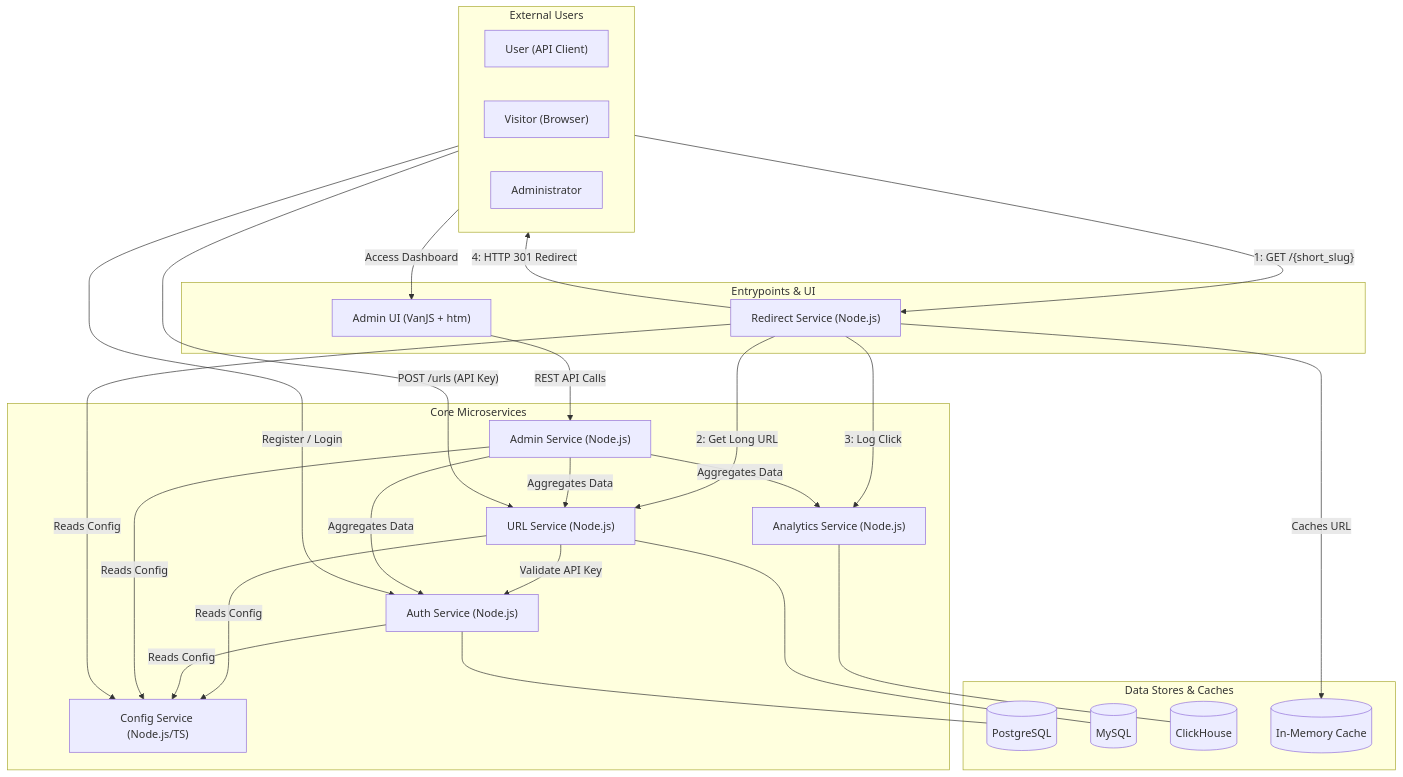
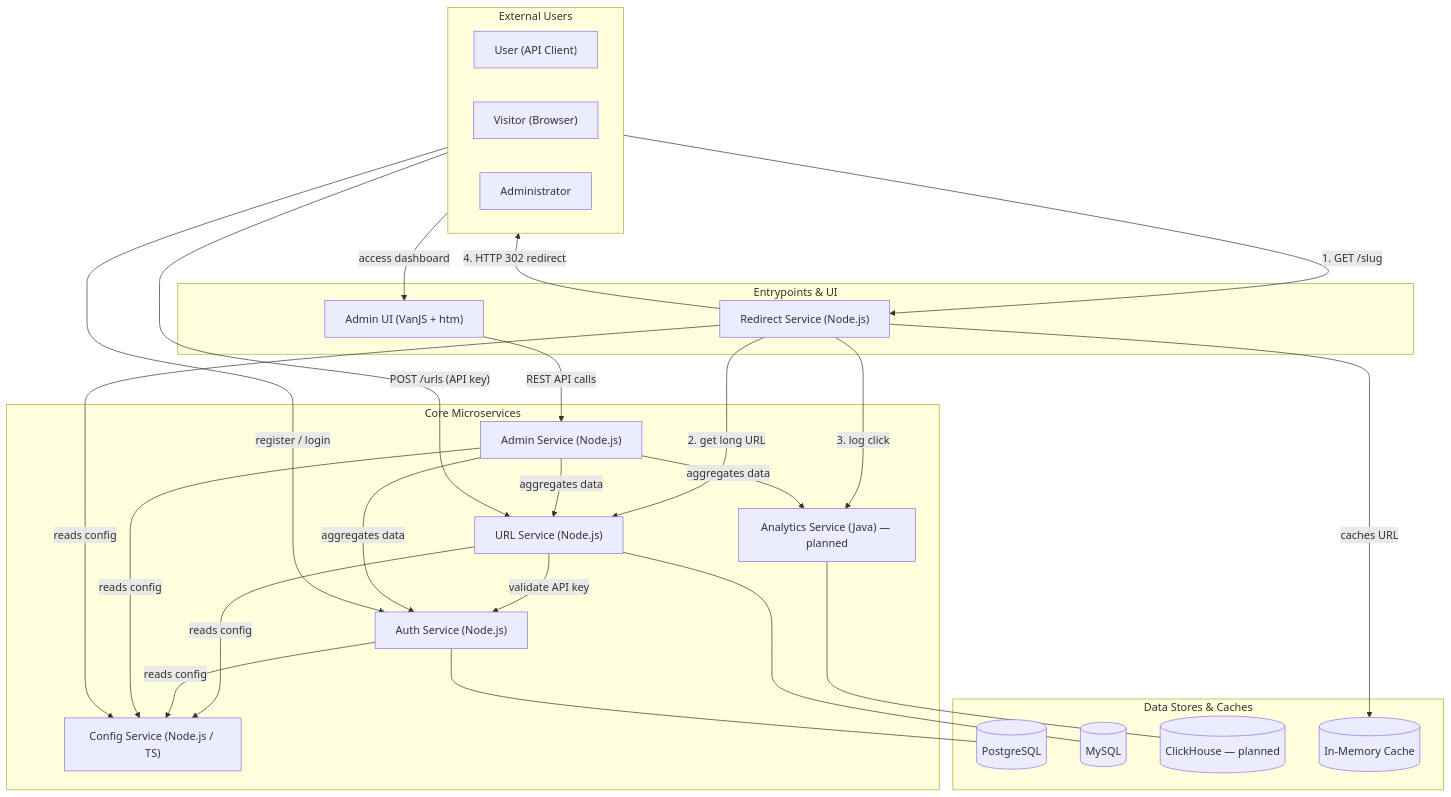
Before and after one commit to PXL-Digital-Application-Samples/microshort: the diagram in README.md, drawn with Mermaid. The commit also changed other lines of this file and 6 other files, not shown here.

Commit message:
Remove outdated architecture documentation and images; update redirect-service README for redirect behavior and logging; add CLAUDE.md for project guidance; introduce CODE_REVIEW.md for planning-stage review; create PLANNING.md to outline future development milestones and architectural decisions.

````diff
--- a/README.md
+++ b/README.md
@@ -20,48 +25,44 @@
 ```mermaid
----
-config:
-  layout: fixed
----
 flowchart TD
- subgraph subGraph0["External Users"]
+  subgraph subGraph0["External Users"]
     direction LR
-        User["User (API Client)"]
-        Visitor["Visitor (Browser)"]
-        Admin["Administrator"]
+    User["User (API Client)"]
+    Visitor["Visitor (Browser)"]
+    Admin["Administrator"]
   end
- subgraph subGraph1["Entrypoints & UI"]
-        RedirectService["Redirect Service (Node.js)"]
-        AdminUI["Admin UI (VanJS + htm)"]
+  subgraph subGraph1["Entrypoints & UI"]
+    RedirectService["Redirect Service (Node.js)"]
+    AdminUI["Admin UI (VanJS + htm)"]
   end
- subgraph subGraph2["Core Microservices"]
-        AuthService["Auth Service (Node.js)"]
-        URLService["URL Service (Node.js)"]
-        AnalyticsService["Analytics Service (Node.js)"]
-        AdminService["Admin Service (Node.js)"]
-        ConfigService["Config Service (Node.js/TS)"]
+  subgraph subGraph2["Core Microservices"]
+    AuthService["Auth Service (Node.js)"]
+    URLService["URL Service (Node.js)"]
+    AnalyticsService["Analytics Service (Java) — planned"]
+    AdminService["Admin Service (Node.js)"]
+    ConfigService["Config Service (Node.js / TS)"]
   end
- subgraph subGraph3["Data Stores & Caches"]
-        PostgresDB[("PostgreSQL")]
-        MySQLDB[("MySQL")]
-        ClickHouseDB[("ClickHouse")]
-        Cache[("In-Memory Cache")]
+  subgraph subGraph3["Data Stores & Caches"]
+    PostgresDB[("PostgreSQL")]
+    MySQLDB[("MySQL")]
+    ClickHouseDB[("ClickHouse — planned")]
+    Cache[("In-Memory Cache")]
   end
-    Visitor -- 1: GET /{short_slug} --> RedirectService
-    RedirectService -- 2: Get Long URL --> URLService
-    RedirectService -- Caches URL --> Cache
-    RedirectService -- 3: Log Click --> AnalyticsService
-    RedirectService -- 4: HTTP 301 Redirect --> Visitor
-    User -- Register / Login --> AuthService
-    User -- POST /urls (API Key) --> URLService
-    URLService -- Validate API Key --> AuthService
-    Admin -- Access Dashboard --> AdminUI
-    AdminUI -- REST API Calls --> AdminService
-    AuthService --- PostgresDB
-    URLService --- MySQLDB
-    AnalyticsService --- ClickHouseDB
-    AdminService -- Aggregates Data --> URLService & AuthService & AnalyticsService
-    URLService -- Reads Config --> ConfigService
-    AuthService -- Reads Config --> ConfigService
-    AdminService -- Reads Config --> ConfigService
-    RedirectService -- Reads Config --> ConfigService
+  Visitor -->|"1. GET /slug"| RedirectService
+  RedirectService -->|"2. get long URL"| URLService
+  RedirectService -->|"caches URL"| Cache
+  RedirectService -->|"3. log click"| AnalyticsService
+  RedirectService -->|"4. HTTP 302 redirect"| Visitor
+  User -->|"register / login"| AuthService
+  User -->|"POST /urls (API key)"| URLService
+  URLService -->|"validate API key"| AuthService
+  Admin -->|"access dashboard"| AdminUI
+  AdminUI -->|"REST API calls"| AdminService
+  AuthService --- PostgresDB
+  URLService --- MySQLDB
+  AnalyticsService --- ClickHouseDB
+  AdminService -->|"aggregates data"| URLService & AuthService & AnalyticsService
+  URLService -->|"reads config"| ConfigService
+  AuthService -->|"reads config"| ConfigService
+  AdminService -->|"reads config"| ConfigService
+  RedirectService -->|"reads config"| ConfigService
 ```
````
